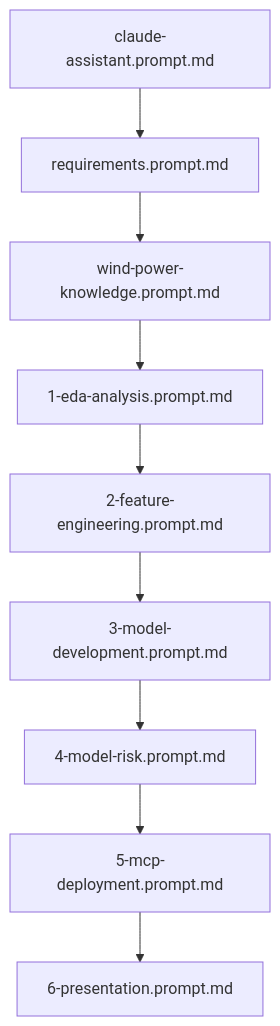
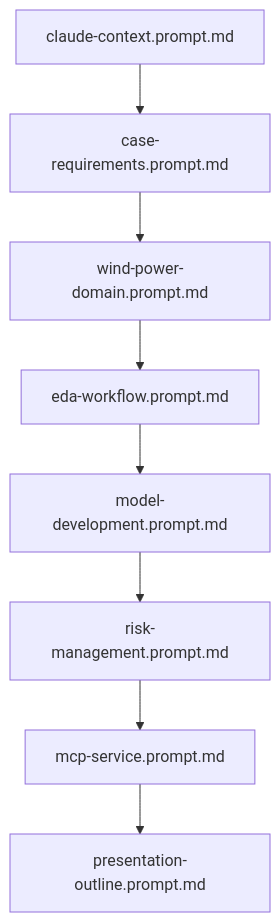
Before and after one commit to snunez1/temus: the diagram in DESIGN.md, drawn with Mermaid. The commit also changed other lines of this file and 3 other files, not shown here.

````diff
--- a/DESIGN.md
+++ b/DESIGN.md
@@ -64,11 +64,10 @@
 ```mermaid
 graph TD
-    A[claude-assistant.prompt.md] --> B[requirements.prompt.md]
-    B --> C[wind-power-knowledge.prompt.md]
-    C --> D[1-eda-analysis.prompt.md]
-    D --> E[2-feature-engineering.prompt.md]
-    E --> F[3-model-development.prompt.md]
-    F --> G[4-model-risk.prompt.md]
-    G --> H[5-mcp-deployment.prompt.md]
-    H --> I[6-presentation.prompt.md]
+    A[claude-context.prompt.md] --> B[case-requirements.prompt.md]
+    B --> C[wind-power-domain.prompt.md]
+    C --> D[eda-workflow.prompt.md]
+    D --> E[model-development.prompt.md]
+    E --> F[risk-management.prompt.md]
+    F --> G[mcp-service.prompt.md]
+    G --> H[presentation-outline.prompt.md]
 ```
````
